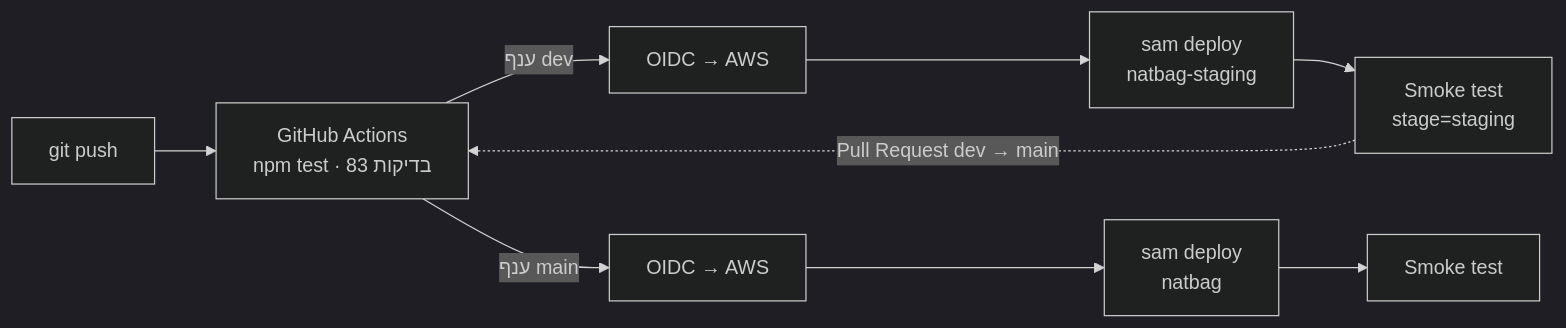
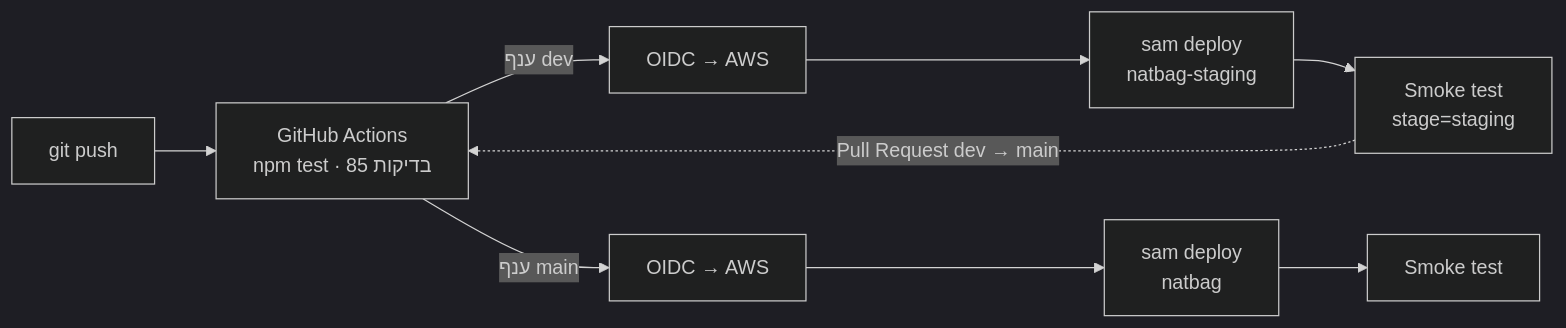
One commit to ackerme/natbag-monitor changed the second of 2 diagrams in README.md. Above: the diagram before and after it, drawn with Mermaid (dark theme). The commit also changed other lines of this file, not shown here.

````diff
--- a/README.md
+++ b/README.md
@@ -129,7 +131,7 @@
 ```mermaid
 flowchart LR
-    D[git push] --> T[GitHub Actions<br/>npm test · 83 בדיקות]
+    D[git push] --> T[GitHub Actions<br/>npm test · 85 בדיקות]
     T -->|ענף dev| SO[OIDC → AWS] --> SS[sam deploy<br/>natbag-staging] --> SH[Smoke test<br/>stage=staging]
     T -->|ענף main| PO[OIDC → AWS] --> PS[sam deploy<br/>natbag] --> PH[Smoke test]
     SH -.->|Pull Request dev → main| T
 ```
````
